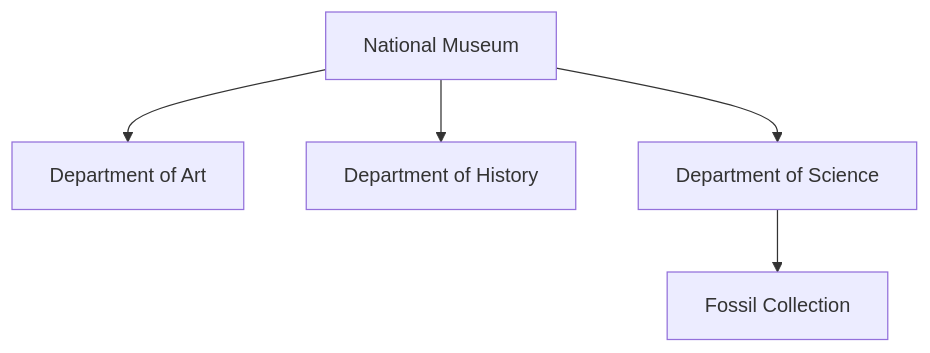
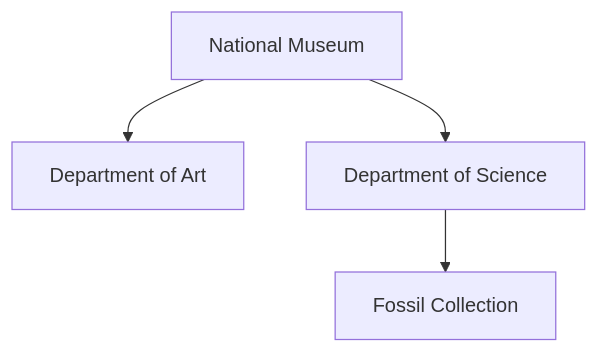
Before and after one commit to intino/subject-store: the diagram in README.md, drawn with Mermaid. The commit also changed other lines of this file, not shown here.

````diff
--- a/README.md
+++ b/README.md
@@ -109,13 +49,11 @@
 ```mermaid
 graph TD
   A[National Museum]
   A1[Department of Art]
-  A2[Department of History]
-  A3[Department of Science]
-  A4[Fossil Collection]
+  A2[Department of Science]
+  A3[Fossil Collection]
 
   A --> A1
   A --> A2
-  A --> A3
-  A3 --> A4
+  A2 --> A3
 ```
````
